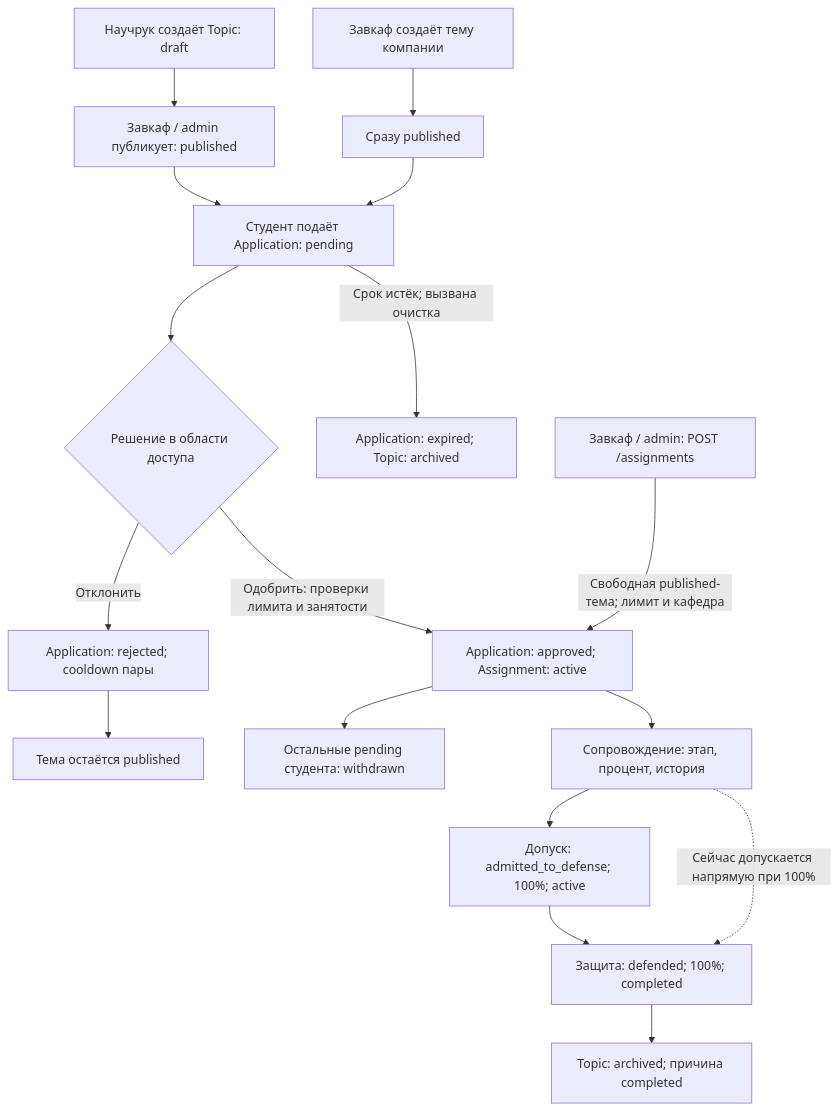
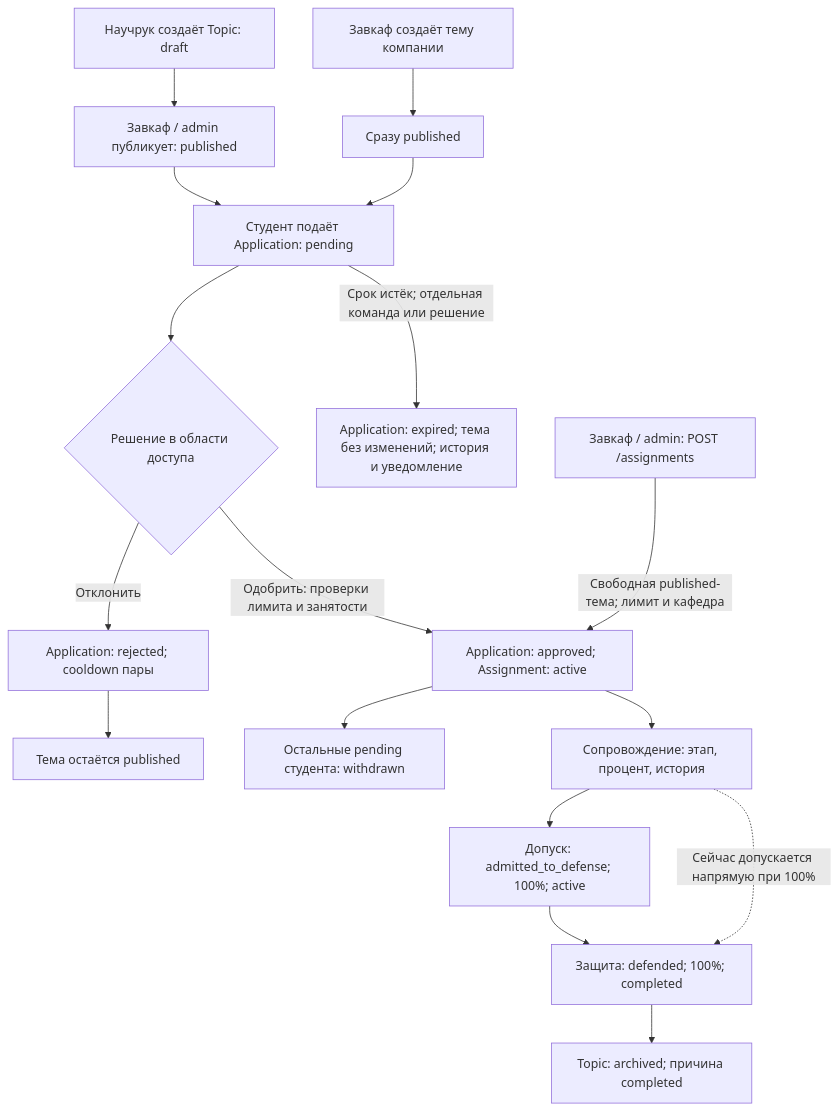
Before and after one commit to Darknesslog/DiplomNavigator: the first of 4 diagrams in docs/workflow.md, drawn with Mermaid. The commit also changed other lines of this file and 44 other files, not shown here.

````diff
--- a/docs/workflow.md
+++ b/docs/workflow.md
@@ -9,19 +9,19 @@
 ```mermaid
 flowchart TD
     Create["Научрук создаёт Topic: draft"] --> Publish["Завкаф / admin публикует: published"]
     Partner["Завкаф создаёт тему компании"] --> PublishDirect["Сразу published"]
     Publish --> Apply["Студент подаёт Application: pending"]
     PublishDirect --> Apply
     Apply --> Decision{"Решение в области доступа"}
     Decision -->|"Одобрить: проверки лимита и занятости"| Assign["Application: approved; Assignment: active"]
     Decision -->|"Отклонить"| Reject["Application: rejected; cooldown пары"]
     Reject --> Pool["Тема остаётся published"]
-    Apply -->|"Срок истёк; вызвана очистка"| Expire["Application: expired; Topic: archived"]
+    Apply -->|"Срок истёк; отдельная команда или решение"| Expire["Application: expired; тема без изменений; история и уведомление"]
     Assign --> Withdraw["Остальные pending студента: withdrawn"]
     Assign --> Track["Сопровождение: этап, процент, история"]
     Track --> Admit["Допуск: admitted_to_defense; 100%; active"]
     Admit --> Defense["Защита: defended; 100%; completed"]
     Defense --> Archive["Topic: archived; причина completed"]
     Track -. "Сейчас допускается напрямую при 100%" .-> Defense
     Manual["Завкаф / admin: POST /assignments"] -->|"Свободная published-тема; лимит и кафедра"| Assign
 ```
````
